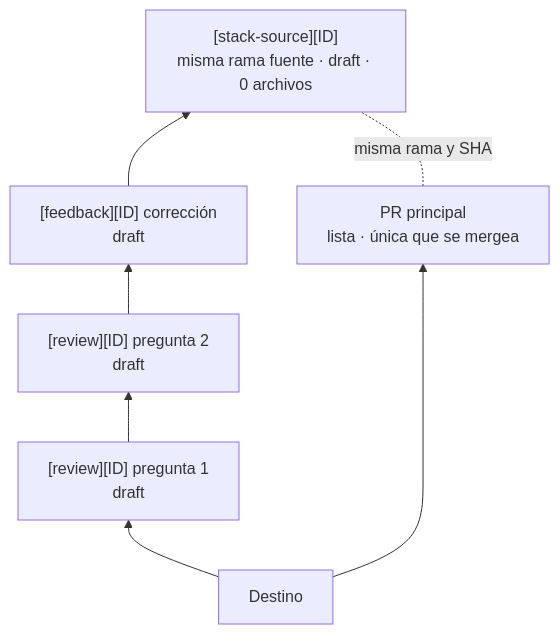
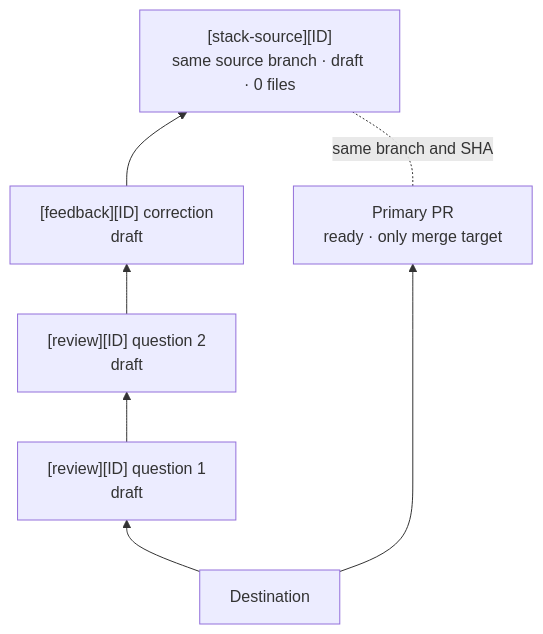
The diagram in plugins/pr-review/README.md (aquine-kujaruk/skills), drawn with Mermaid before and after one commit. The commit also changed other lines of this file and 10 other files, not shown here.

````diff
--- a/plugins/pr-review/README.md
+++ b/plugins/pr-review/README.md
@@ -41,9 +42,9 @@
 ```mermaid
 flowchart BT
-    D["Destino"] --> P["PR principal<br/>lista · única que se mergea"]
-    D --> R1["[review][ID] pregunta 1<br/>draft"]
-    R1 --> R2["[review][ID] pregunta 2<br/>draft"]
-    R2 --> F["[feedback][ID] corrección<br/>draft"]
-    F --> S["[stack-source][ID]<br/>misma rama fuente · draft · 0 archivos"]
-    P -. "misma rama y SHA" .- S
+    D["Destination"] --> P["Primary PR<br/>ready · only merge target"]
+    D --> R1["[review][ID] question 1<br/>draft"]
+    R1 --> R2["[review][ID] question 2<br/>draft"]
+    R2 --> F["[feedback][ID] correction<br/>draft"]
+    F --> S["[stack-source][ID]<br/>same source branch · draft · 0 files"]
+    P -. "same branch and SHA" .- S
 ```
````
